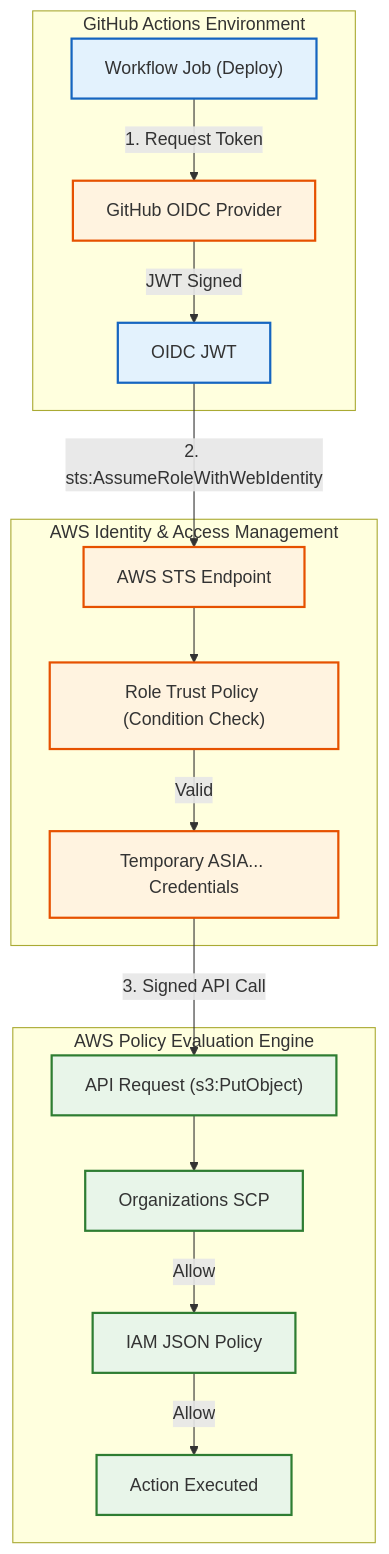
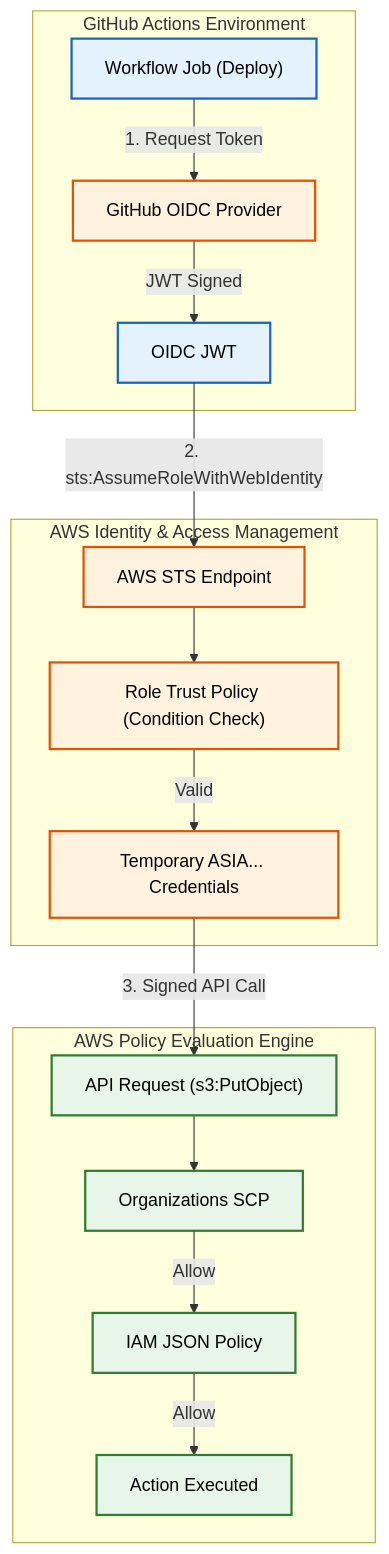
The diagram in courses/platform-engineering/modules/module-09/lesson-02.md (aloysiuspattath/platform-engineering-ai-course), drawn with Mermaid before and after one commit. The commit also changed 53 other files, not shown here.

Commit message:
fix: enforce high-contrast black text on mermaid diagram fills for dark mode readability

````diff
--- a/courses/platform-engineering/modules/module-09/lesson-02.md
+++ b/courses/platform-engineering/modules/module-09/lesson-02.md
@@ -119,38 +119,38 @@
 ```mermaid
 flowchart TD
-    classDef pipeline fill:#e3f2fd,stroke:#1565c0,stroke-width:2px;
-    classDef provider fill:#fff3e0,stroke:#e65100,stroke-width:2px;
-    classDef engine fill:#e8f5e9,stroke:#2e7d32,stroke-width:2px;
+    classDef pipeline fill:#e3f2fd,stroke:#1565c0,stroke-width:2px,color:#000000;
+    classDef provider fill:#fff3e0,stroke:#e65100,stroke-width:2px,color:#000000;
+    classDef engine fill:#e8f5e9,stroke:#2e7d32,stroke-width:2px,color:#000000;
 
     subgraph GithubEnv [GitHub Actions Environment]
         JOB["Workflow Job (Deploy)"]
         JOB -->|1. Request Token| OIDC_PROV["GitHub OIDC Provider"]
         OIDC_PROV -->|JWT Signed| JWT["OIDC JWT"]
     end
 
     subgraph AWSIAM [AWS Identity & Access Management]
         STS["AWS STS Endpoint"]
         TRUST["Role Trust Policy (Condition Check)"]
         CRED["Temporary ASIA... Credentials"]
         
         JWT -->|2. sts:AssumeRoleWithWebIdentity| STS
         STS --> TRUST
         TRUST -->|Valid| CRED
     end
 
     subgraph AWSEval [AWS Policy Evaluation Engine]
         API["API Request (s3:PutObject)"]
         SCP["Organizations SCP"]
         POLICY["IAM JSON Policy"]
         EXEC["Action Executed"]
         
         CRED -->|3. Signed API Call| API
         API --> SCP
         SCP -->|Allow| POLICY
         POLICY -->|Allow| EXEC
     end
 
     class JOB,JWT pipeline;
     class OIDC_PROV,STS,TRUST,CRED provider;
     class API,SCP,POLICY,EXEC engine;
 ```
````
